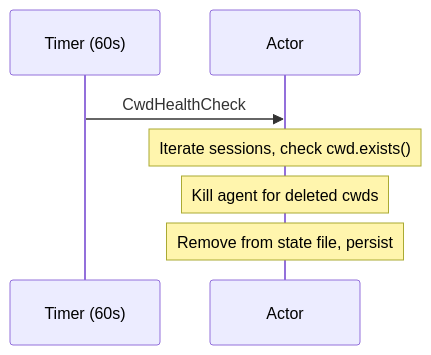
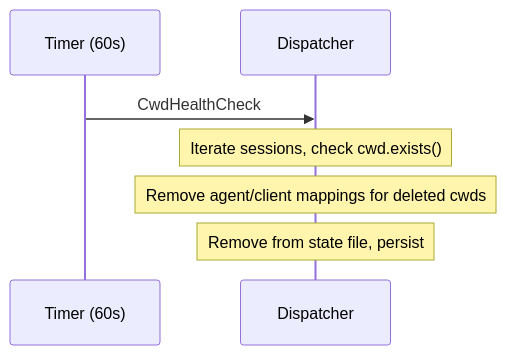
One commit to sparkle-ai-space/jamsession changed the diagram in md/design/flow-cwd-health.md. Above: the diagram before and after it, drawn with Mermaid. The commit also changed other lines of this file and 9 other files, not shown here.

````diff
--- a/md/design/flow-cwd-health.md
+++ b/md/design/flow-cwd-health.md
@@ -5,10 +5,10 @@
 ```mermaid
 sequenceDiagram
     participant T as Timer (60s)
-    participant A as Actor
+    participant D as Dispatcher
 
-    T->>A: CwdHealthCheck
-    Note over A: Iterate sessions, check cwd.exists()
-    Note over A: Kill agent for deleted cwds
-    Note over A: Remove from state file, persist
+    T->>D: CwdHealthCheck
+    Note over D: Iterate sessions, check cwd.exists()
+    Note over D: Remove agent/client mappings for deleted cwds
+    Note over D: Remove from state file, persist
 ```
````
